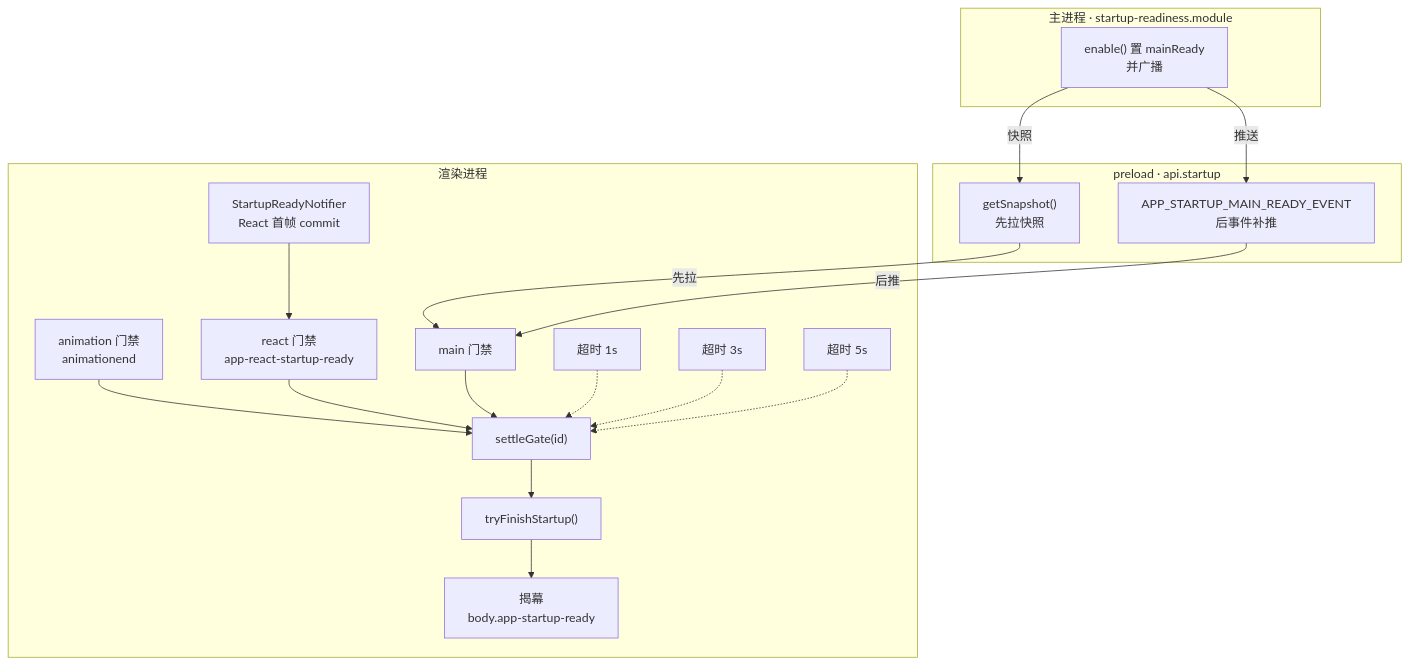
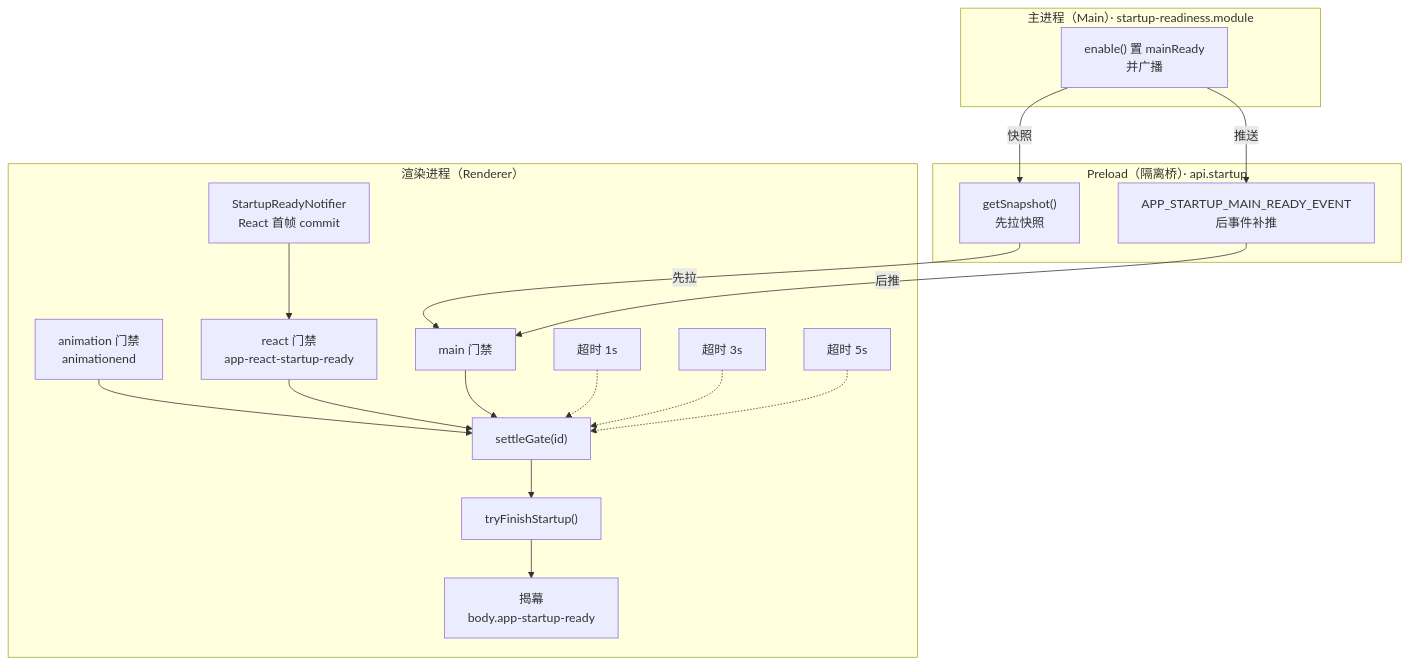
Before and after one commit to BanShan-Alec/electron-react-monorepo-template: the diagram in packages/docs/src/pages/ui/first-screen.md, drawn with Mermaid. The commit also changed other lines of this file and 45 other files, not shown here.

Commit message:
feat(docs): 重构 mermaid 图预览与放大交互，统一文档写作规范 (#77)

````diff
--- a/packages/docs/src/pages/ui/first-screen.md
+++ b/packages/docs/src/pages/ui/first-screen.md
@@ -22,31 +22,31 @@
 ```mermaid
 flowchart TB
-  subgraph renderer["渲染进程"]
+  subgraph renderer["渲染进程（Renderer）"]
     StartupReadyNotifier["StartupReadyNotifier<br/>React 首帧 commit"]
     animation["animation 门禁<br/>animationend"]
     react["react 门禁<br/>app-react-startup-ready"]
     main["main 门禁"]
     settleGate["settleGate(id)"]
     tryFinishStartup["tryFinishStartup()"]
     APP_STARTUP_READY_CLASS["揭幕<br/>body.app-startup-ready"]
     STARTUP_ANIMATION_FALLBACK_MS["超时 1s"]
     STARTUP_REACT_FALLBACK_MS["超时 3s"]
     STARTUP_MAIN_FALLBACK_MS["超时 5s"]
   end
-  subgraph preload["preload · api.startup"]
+  subgraph preload["Preload（隔离桥）· api.startup"]
     getSnapshot["getSnapshot()<br/>先拉快照"]
     APP_STARTUP_MAIN_READY_EVENT["APP_STARTUP_MAIN_READY_EVENT<br/>后事件补推"]
   end
-  subgraph mainProcess["主进程 · startup-readiness.module"]
+  subgraph mainProcess["主进程（Main）· startup-readiness.module"]
     startupReadiness["enable() 置 mainReady<br/>并广播"]
   end
   StartupReadyNotifier --> react
   animation & react & main --> settleGate
   STARTUP_ANIMATION_FALLBACK_MS & STARTUP_REACT_FALLBACK_MS & STARTUP_MAIN_FALLBACK_MS -.-> settleGate
   settleGate --> tryFinishStartup
   tryFinishStartup --> APP_STARTUP_READY_CLASS
   startupReadiness -->|"快照"| getSnapshot
   startupReadiness -->|"推送"| APP_STARTUP_MAIN_READY_EVENT
   getSnapshot -->|"先拉"| main
   APP_STARTUP_MAIN_READY_EVENT -->|"后推"| main
 ```
````
